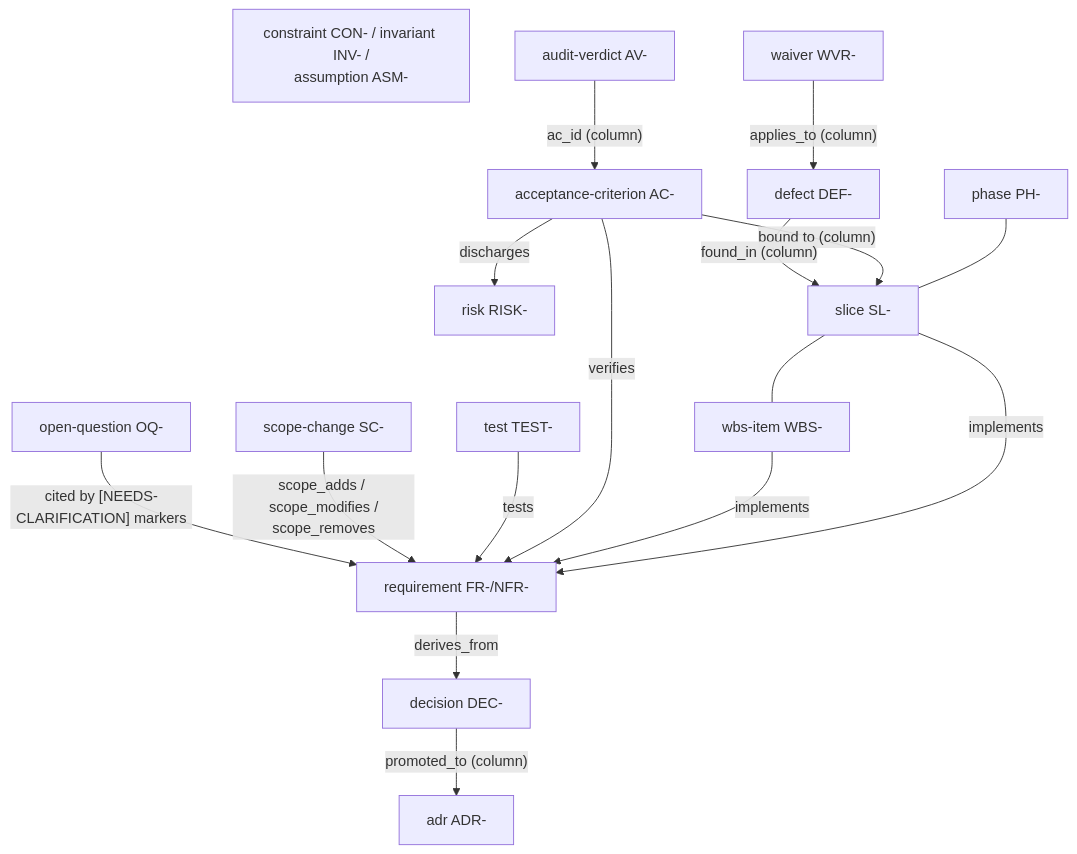
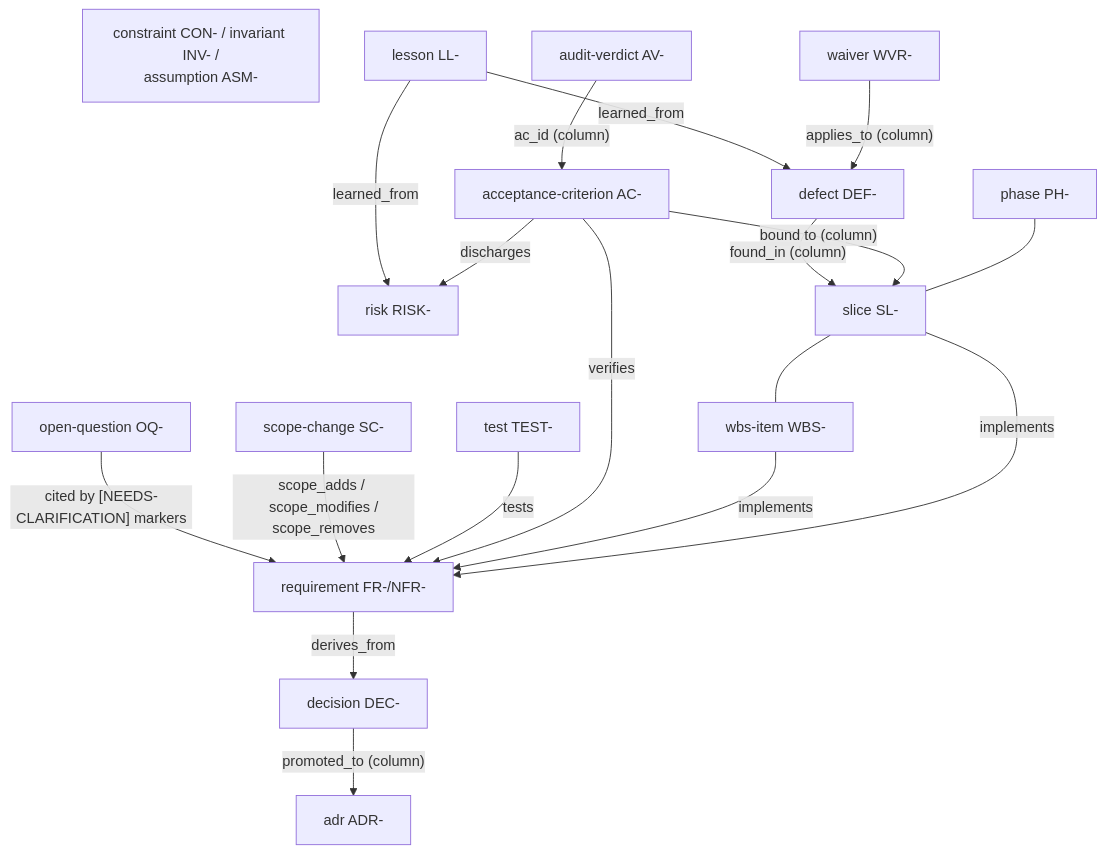
The first of 2 diagrams in plugins/tamheed/references/artifact-catalog.md (A-H-911/tamheed), drawn with Mermaid before and after one commit. The commit also changed other lines of this file and 84 other files, not shown here.

````diff
--- a/plugins/tamheed/references/artifact-catalog.md
+++ b/plugins/tamheed/references/artifact-catalog.md
@@ -21,34 +21,37 @@
 ```mermaid
 flowchart TB
     REQ["requirement FR-/NFR-"]
     CON["constraint CON- / invariant INV- /<br/>assumption ASM-"]
     OQ["open-question OQ-"]
     DEC["decision DEC-"]
     ADR["adr ADR-"]
     RISK["risk RISK-"]
     PH["phase PH-"]
     SL["slice SL-"]
     WBS["wbs-item WBS-"]
     AC["acceptance-criterion AC-"]
     TEST["test TEST-"]
     AV["audit-verdict AV-"]
     DEF["defect DEF-"]
     SC["scope-change SC-"]
     WVR["waiver WVR-"]
+    LL["lesson LL-"]
 
     REQ -- "derives_from" --> DEC
     DEC -- "promoted_to (column)" --> ADR
     SL -- "implements" --> REQ
     WBS -- "implements" --> REQ
     PH --- SL
     SL --- WBS
     AC -- "verifies" --> REQ
     AC -- "bound to (column)" --> SL
     TEST -- "tests" --> REQ
     AV -- "ac_id (column)" --> AC
     AC -- "discharges" --> RISK
     DEF -- "found_in (column)" --> SL
     SC -- "scope_adds / scope_modifies /<br/>scope_removes" --> REQ
     WVR -- "applies_to (column)" --> DEF
     OQ -- "cited by [NEEDS-CLARIFICATION] markers" --> REQ
+    LL -- "learned_from" --> DEF
+    LL -- "learned_from" --> RISK
 ```
````
